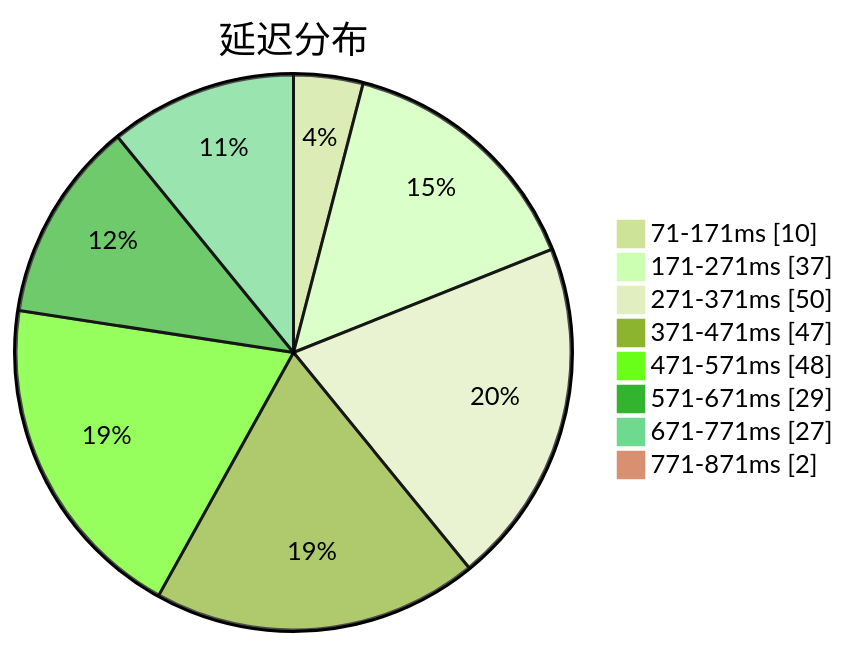
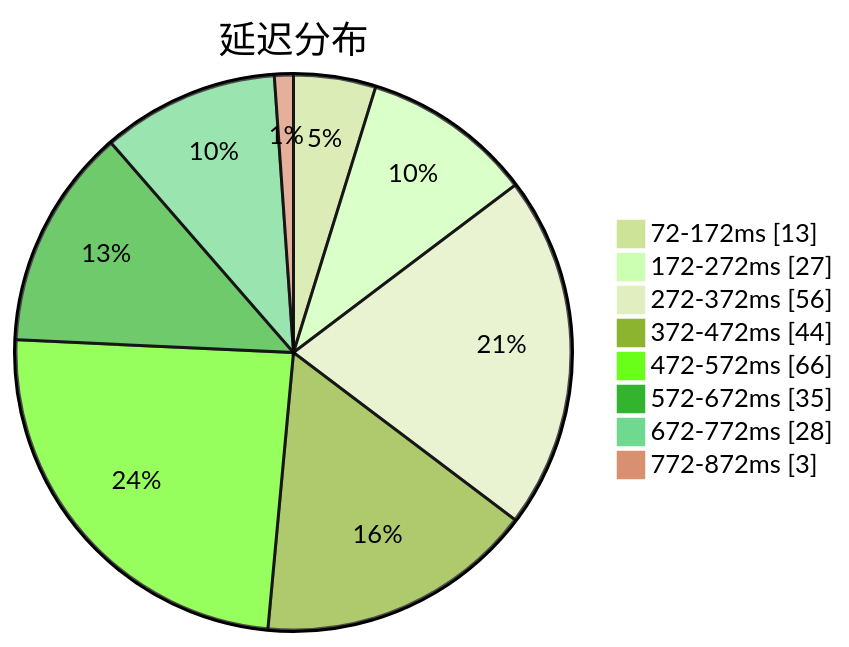
One commit to sinspired/airport changed the first of 3 diagrams in subs/statistics/tested_within.md. Above: the diagram before and after it, drawn with Mermaid (forest theme). The commit also changed other lines of this file and 2 other files, not shown here.

````diff
--- a/subs/statistics/tested_within.md
+++ b/subs/statistics/tested_within.md
@@ -2,12 +2,12 @@
 ```mermaid
 pie showData
 title 延迟分布
-"71-171ms" : 10
-"171-271ms" : 37
-"271-371ms" : 50
-"371-471ms" : 47
-"471-571ms" : 48
-"571-671ms" : 29
-"671-771ms" : 27
-"771-871ms" : 2
+"72-172ms" : 13
+"172-272ms" : 27
+"272-372ms" : 56
+"372-472ms" : 44
+"472-572ms" : 66
+"572-672ms" : 35
+"672-772ms" : 28
+"772-872ms" : 3
 ```
````
